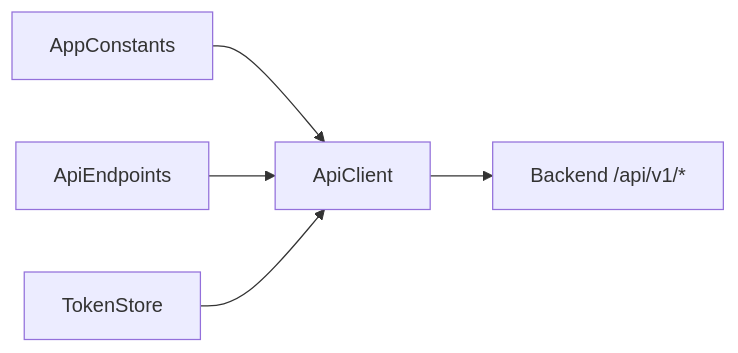
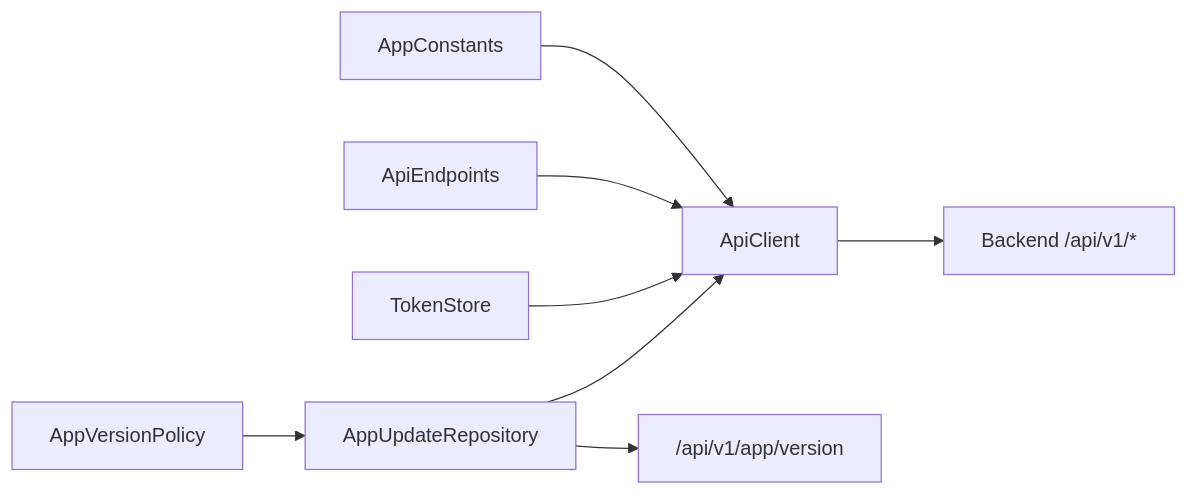
Before and after one commit to Advanstech/Lidapay-shop: diagram 11 of 11 in .qoder/repowiki/en/content/API Documentation/API Documentation.md, drawn with Mermaid. The commit also changed other lines of this file and 174 other files, not shown here.

First line of the commit message:
docs: update app version policy and Android build guidance

````diff
--- a/.qoder/repowiki/en/content/API Documentation/API Documentation.md
+++ b/.qoder/repowiki/en/content/API Documentation/API Documentation.md
@@ -398,7 +538,10 @@
 ```mermaid
 graph LR
 Constants["AppConstants"] --> Client["ApiClient"]
 Endpoints["ApiEndpoints"] --> Client
 Store["TokenStore"] --> Client
+Repo["AppUpdateRepository"] --> Client
+Policy["AppVersionPolicy"] --> Repo
 Client --> Server["Backend /api/v1/*"]
+Repo --> PolicyEndpoint["/api/v1/app/version"]
 ```
````
